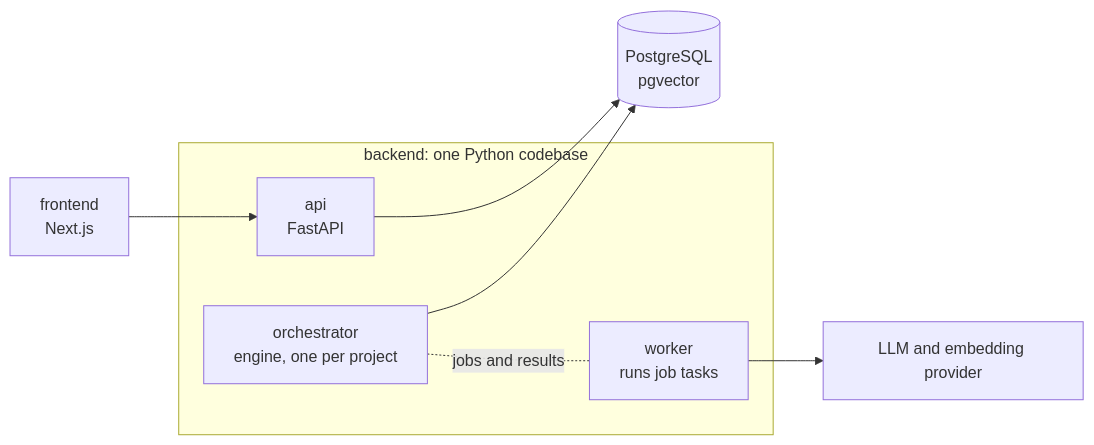
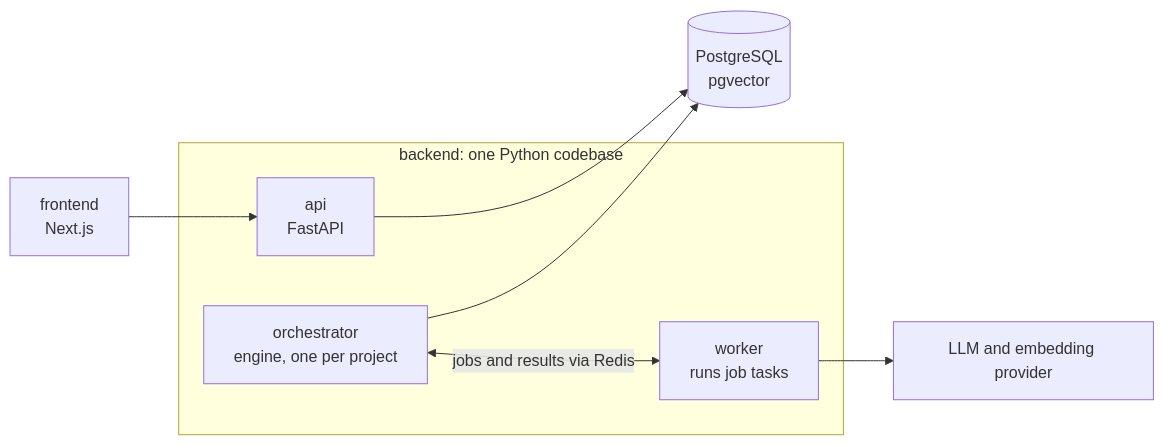
The second of 4 diagrams in docs/Architecture.md (thomaselmer/sibp-infos), drawn with Mermaid before and after one commit. The commit also changed other lines of this file and 4 other files, not shown here.

Commit message:
architecture A5: shared orchestrator processes, Redis as message channel, inputs via object storage

````diff
--- a/docs/Architecture.md
+++ b/docs/Architecture.md
@@ -65,13 +65,13 @@
 ```mermaid
 flowchart LR
   FE[frontend<br/>Next.js] --> API
   subgraph Backend[backend: one Python codebase]
     API[api<br/>FastAPI]
     ORC[orchestrator<br/>engine, one per project]
     WRK[worker<br/>runs job tasks]
   end
   API --> DB[(PostgreSQL<br/>pgvector)]
   ORC --> DB
-  ORC -. jobs and results .- WRK
+  ORC <-- jobs and results via Redis --> WRK
   WRK --> LLM[LLM and embedding provider]
 ```
````
